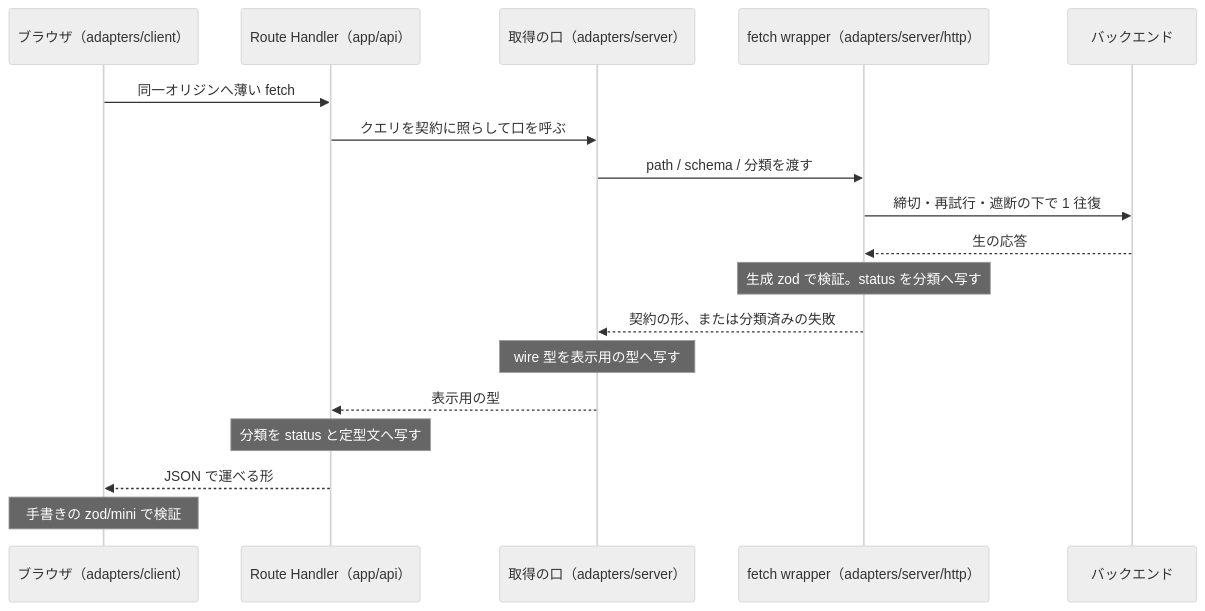
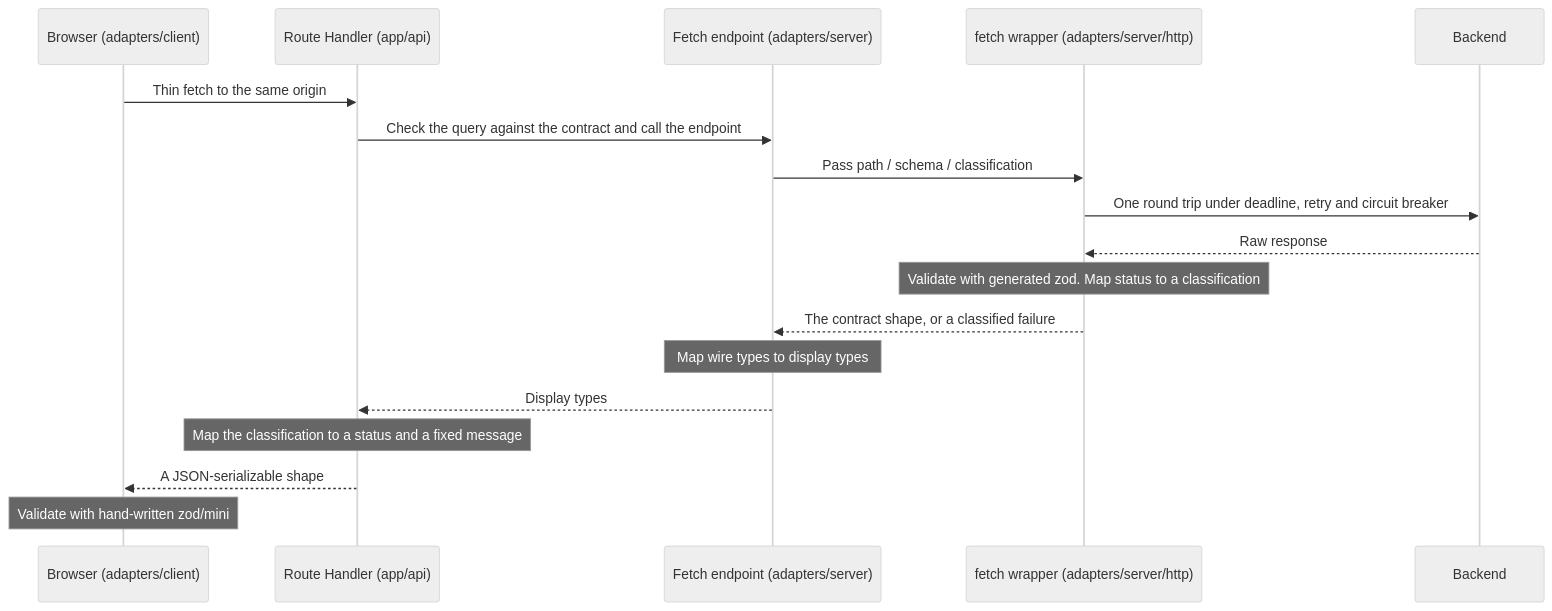
One commit to Tomy-ch/nextjs-boilerplate changed the first of 2 diagrams in docs/design/data-fetching.md. Above: the diagram before and after it, drawn with Mermaid (neutral theme). The commit also changed other lines of this file and 189 other files, not shown here.

````diff
--- a/docs/design/data-fetching.md
+++ b/docs/design/data-fetching.md
@@ -11,20 +11,20 @@
 ```mermaid
 sequenceDiagram
-  participant B as ブラウザ（adapters/client）
-  participant R as Route Handler（app/api）
-  participant S as 取得の口（adapters/server）
-  participant W as fetch wrapper（adapters/server/http）
-  participant A as バックエンド
-  B->>R: 同一オリジンへ薄い fetch
-  R->>S: クエリを契約に照らして口を呼ぶ
-  S->>W: path / schema / 分類を渡す
-  W->>A: 締切・再試行・遮断の下で 1 往復
-  A-->>W: 生の応答
-  Note over W: 生成 zod で検証。status を分類へ写す
-  W-->>S: 契約の形、または分類済みの失敗
-  Note over S: wire 型を表示用の型へ写す
-  S-->>R: 表示用の型
-  Note over R: 分類を status と定型文へ写す
-  R-->>B: JSON で運べる形
-  Note over B: 手書きの zod/mini で検証
+  participant B as Browser (adapters/client)
+  participant R as Route Handler (app/api)
+  participant S as Fetch endpoint (adapters/server)
+  participant W as fetch wrapper (adapters/server/http)
+  participant A as Backend
+  B->>R: Thin fetch to the same origin
+  R->>S: Check the query against the contract and call the endpoint
+  S->>W: Pass path / schema / classification
+  W->>A: One round trip under deadline, retry and circuit breaker
+  A-->>W: Raw response
+  Note over W: Validate with generated zod. Map status to a classification
+  W-->>S: The contract shape, or a classified failure
+  Note over S: Map wire types to display types
+  S-->>R: Display types
+  Note over R: Map the classification to a status and a fixed message
+  R-->>B: A JSON-serializable shape
+  Note over B: Validate with hand-written zod/mini
 ```
````
